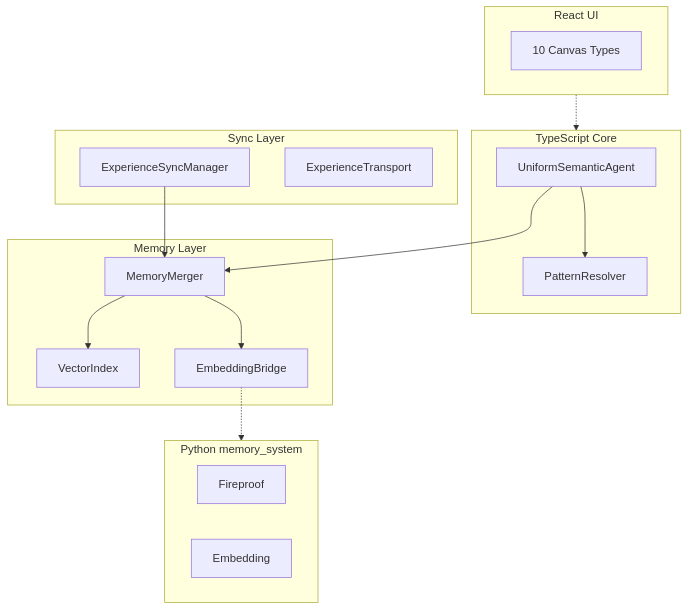
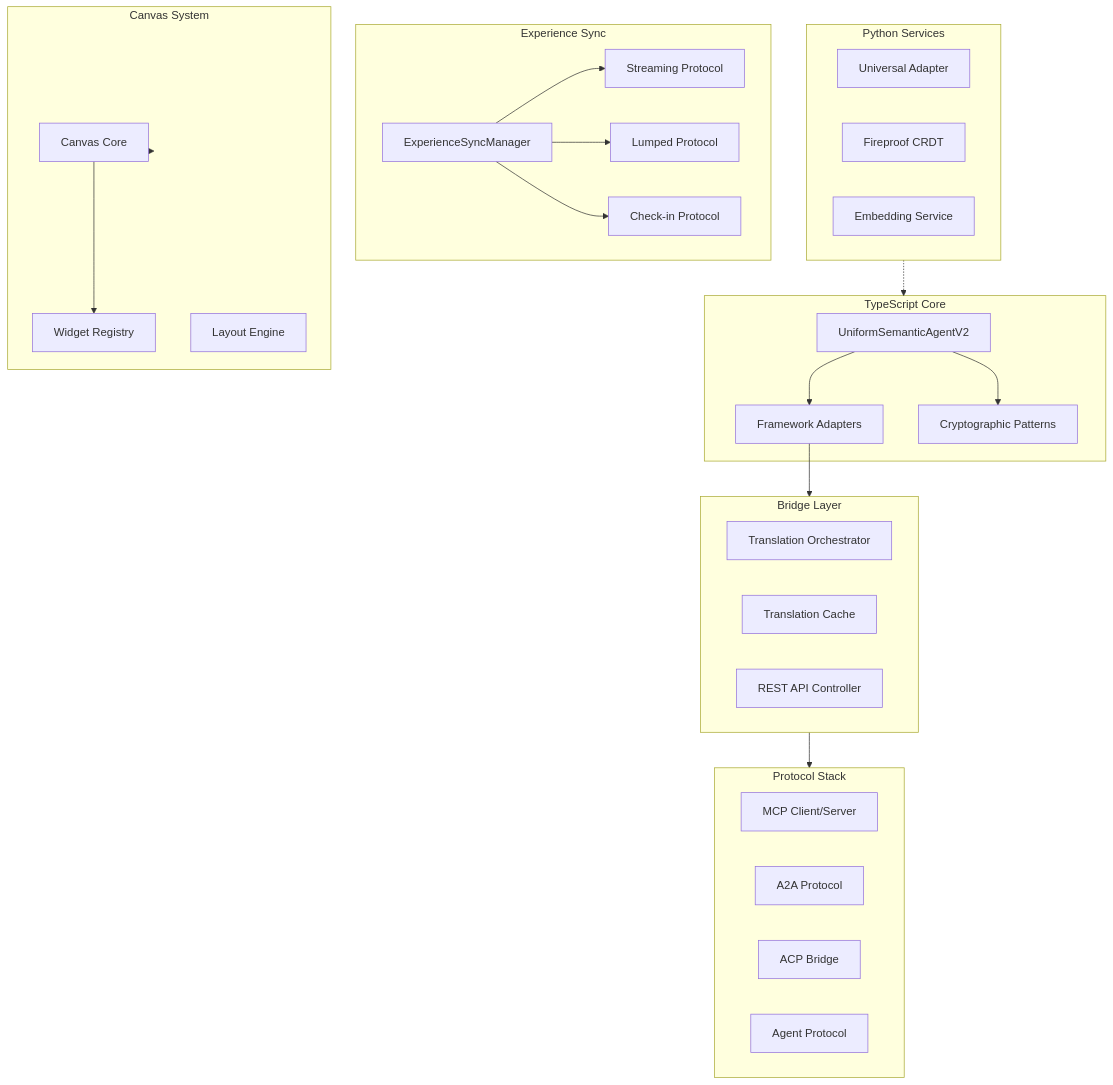
The second of 2 diagrams in README.md (Replicant-Partners/Chrysalis), drawn with Mermaid before and after one commit. The commit also changed other lines of this file and 43 other files, not shown here.

````diff
--- a/README.md
+++ b/README.md
@@ -182,35 +203,51 @@
 ```mermaid
 flowchart TB
     subgraph Core[TypeScript Core]
-        USA[UniformSemanticAgent]
-        PR[PatternResolver]
+        USA[UniformSemanticAgentV2]
+        Adapters[Framework Adapters]
+        Patterns[Cryptographic Patterns]
     end
 
-    subgraph Memory[Memory Layer]
-        MM[MemoryMerger]
-        VIF[VectorIndex]
-        EB[EmbeddingBridge]
+    subgraph Bridge[Bridge Layer]
+        Orchestrator[Translation Orchestrator]
+        Cache[Translation Cache]
+        API[REST API Controller]
     end
 
-    subgraph Sync[Sync Layer]
-        ESM[ExperienceSyncManager]
-        ET[ExperienceTransport]
+    subgraph Protocols[Protocol Stack]
+        MCP[MCP Client/Server]
+        A2A[A2A Protocol]
+        ACP[ACP Bridge]
+        AP[Agent Protocol]
     end
 
-    subgraph Python[Python memory_system]
-        FP[Fireproof]
-        EMB[Embedding]
+    subgraph Sync[Experience Sync]
+        ESM[ExperienceSyncManager]
+        Streaming[Streaming Protocol]
+        Lumped[Lumped Protocol]
+        CheckIn[Check-in Protocol]
     end
 
-    subgraph UI[React UI]
-        CVS[10 Canvas Types]
+    subgraph Python[Python Services]
+        UA[Universal Adapter]
+        FP[Fireproof CRDT]
+        EMB[Embedding Service]
     end
 
-    USA --> PR
-    USA --> MM
-    MM --> VIF
-    MM --> EB
-    ESM --> MM
-    EB -.-> Python
-    UI -.-> Core
+    subgraph Canvas[Canvas System]
+        Core_C[Canvas Core]
+        Widgets[Widget Registry]
+        Layout[Layout Engine]
+    end
+
+    USA --> Adapters
+    USA --> Patterns
+    Adapters --> Bridge
+    Bridge --> Protocols
+    ESM --> Streaming
+    ESM --> Lumped
+    ESM --> CheckIn
+    Canvas --> Core_C
+    Core_C --> Widgets
+    Python -.-> Core
 ```
````
